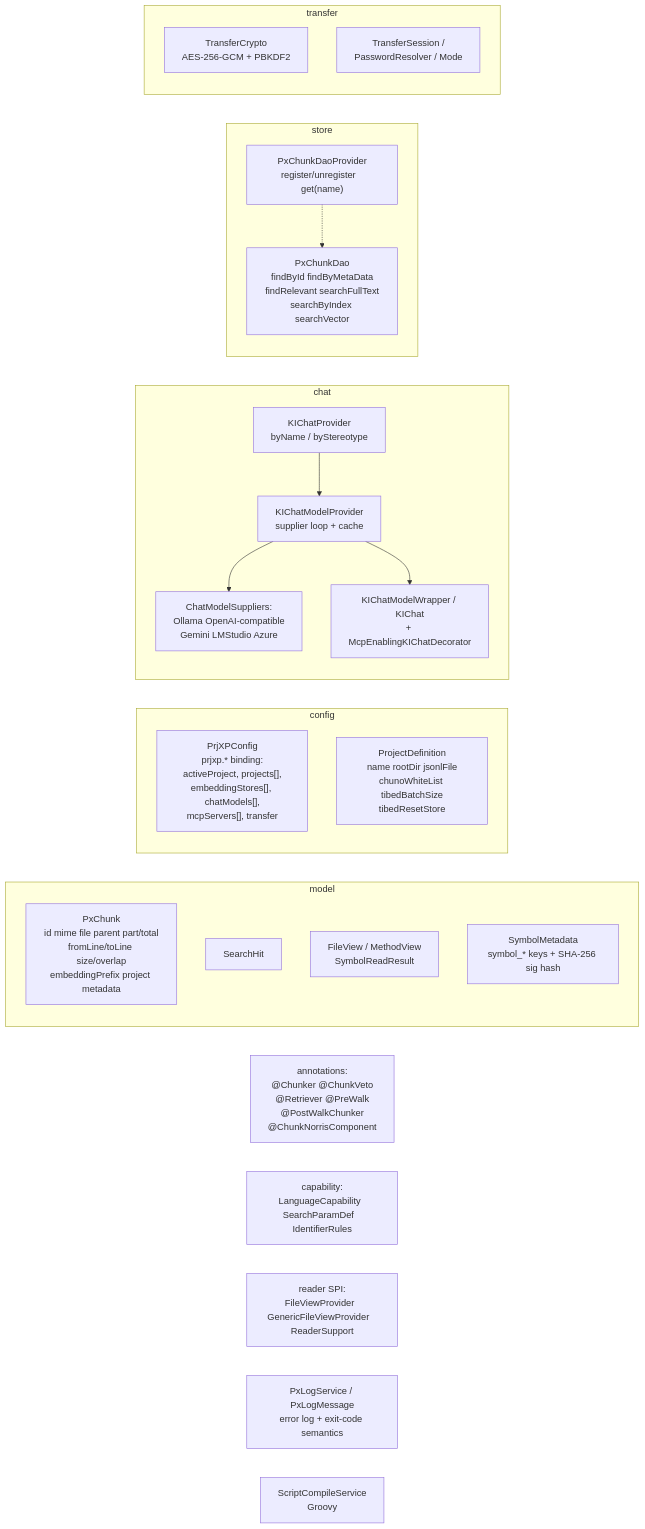
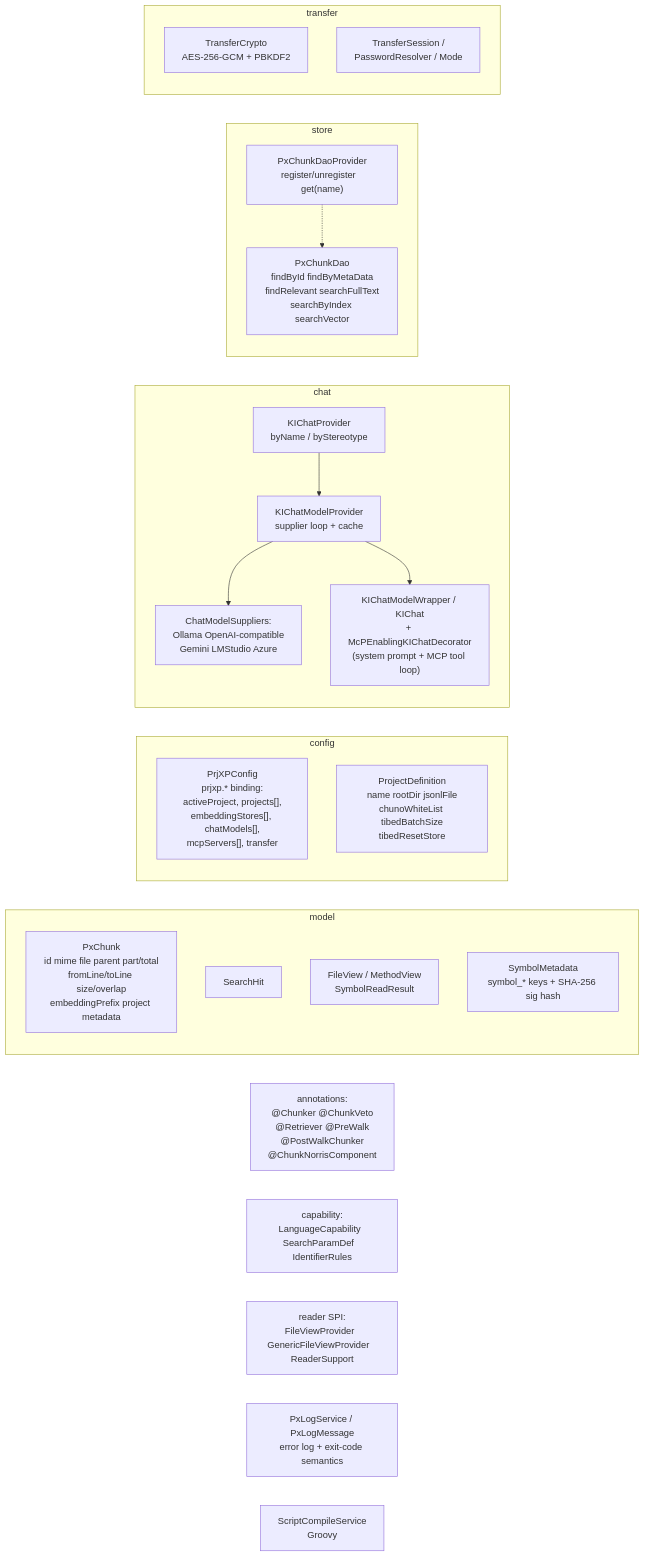
The second of 8 diagrams in doc/arc42/05_building_block_view.md (carstenSpraener/prjxp), drawn with Mermaid before and after one commit. The commit also changed other lines of this file and 16 other files, not shown here.

````diff
--- a/doc/arc42/05_building_block_view.md
+++ b/doc/arc42/05_building_block_view.md
@@ -65,36 +65,36 @@
 ```mermaid
 flowchart LR
     subgraph model ["model"]
         PX["PxChunk<br/>id mime file parent part/total<br/>fromLine/toLine size/overlap<br/>embeddingPrefix project metadata"]
         SH["SearchHit"]
         FV["FileView / MethodView<br/>SymbolReadResult"]
         SM["SymbolMetadata<br/>symbol_* keys + SHA-256 sig hash"]
     end
     subgraph config ["config"]
         CFG["PrjXPConfig<br/>prjxp.* binding:<br/>activeProject, projects[],<br/>embeddingStores[], chatModels[],<br/>mcpServers[], transfer"]
         PD["ProjectDefinition<br/>name rootDir jsonlFile<br/>chunoWhiteList tibedBatchSize<br/>tibedResetStore"]
     end
     subgraph chat ["chat"]
         KIP["KIChatProvider<br/>byName / byStereotype"]
         KIM["KIChatModelProvider<br/>supplier loop + cache"]
         SUP["ChatModelSuppliers:<br/>Ollama   OpenAI-compatible<br/>Gemini   LMStudio   Azure"]
-        KIW["KIChatModelWrapper / KIChat<br/>+ McpEnablingKIChatDecorator"]
+        KIW["KIChatModelWrapper / KIChat<br/>+ McPEnablingKIChatDecorator<br/>(system prompt + MCP tool loop)"]
     end
     subgraph store ["store"]
         DAO["PxChunkDao<br/>findById findByMetaData<br/>findRelevant searchFullText<br/>searchByIndex searchVector"]
         DAP["PxChunkDaoProvider<br/>register/unregister   get(name)"]
     end
     subgraph transfer ["transfer"]
         TC["TransferCrypto<br/>AES-256-GCM + PBKDF2"]
         TS["TransferSession /<br/>PasswordResolver / Mode"]
     end
     ANN["annotations:<br/>@Chunker @ChunkVeto<br/>@Retriever @PreWalk<br/>@PostWalkChunker<br/>@ChunkNorrisComponent"]
     CAP["capability:<br/>LanguageCapability  <br/>SearchParamDef   IdentifierRules"]
     RDR["reader SPI:<br/>FileViewProvider  <br/>GenericFileViewProvider   ReaderSupport"]
     ERR["PxLogService / PxLogMessage<br/>error log + exit-code semantics"]
     SCR["ScriptCompileService<br/>Groovy"]
 
     KIP --> KIM --> SUP
     KIM --> KIW
     DAP -.-> DAO
 ```
````
